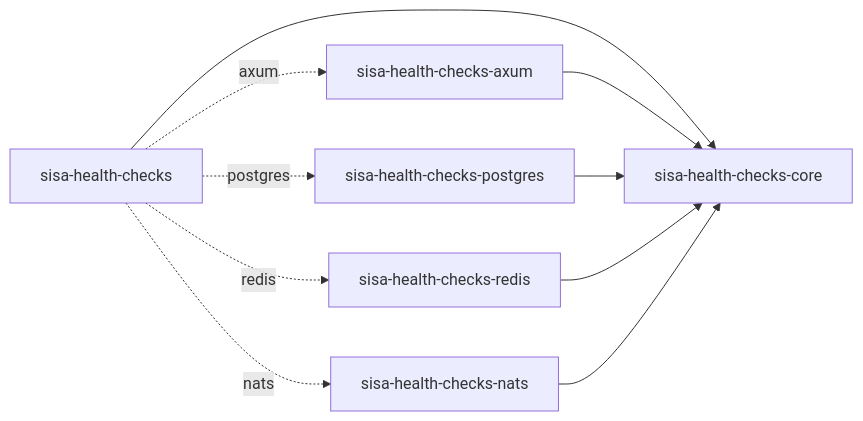
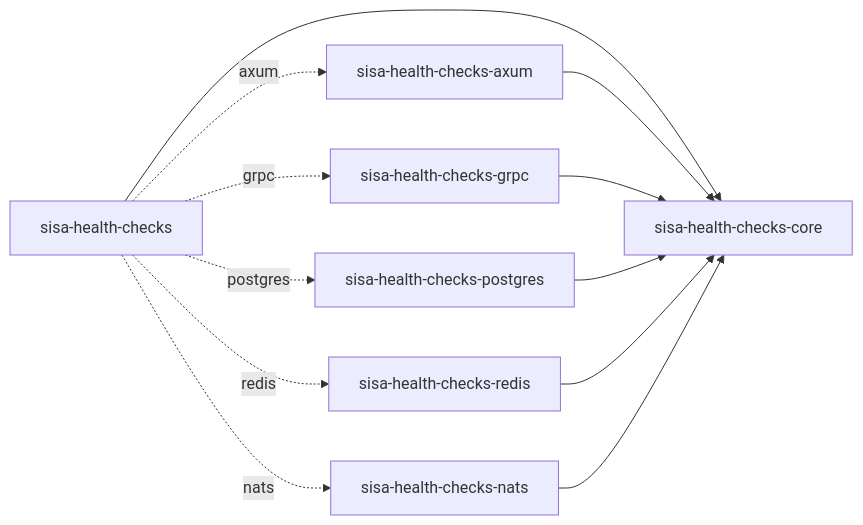
The first of 2 diagrams in docs/01-architecture.md (sisaio/sisa-health-checks-rs), drawn with Mermaid before and after one commit. The commit also changed other lines of this file and 11 other files, not shown here.

First line of the commit message:
feat(grpc): serve grpc.health.v1.Health from the registry

````diff
--- a/docs/01-architecture.md
+++ b/docs/01-architecture.md
@@ -5,12 +5,14 @@
 ```mermaid
 flowchart LR
     facade[sisa-health-checks] --> core[sisa-health-checks-core]
     facade -.axum.-> axum[sisa-health-checks-axum]
+    facade -.grpc.-> grpc[sisa-health-checks-grpc]
     facade -.postgres.-> postgres[sisa-health-checks-postgres]
     facade -.redis.-> redis[sisa-health-checks-redis]
     facade -.nats.-> nats[sisa-health-checks-nats]
     axum --> core
+    grpc --> core
     postgres --> core
     redis --> core
     nats --> core
 ```
````
